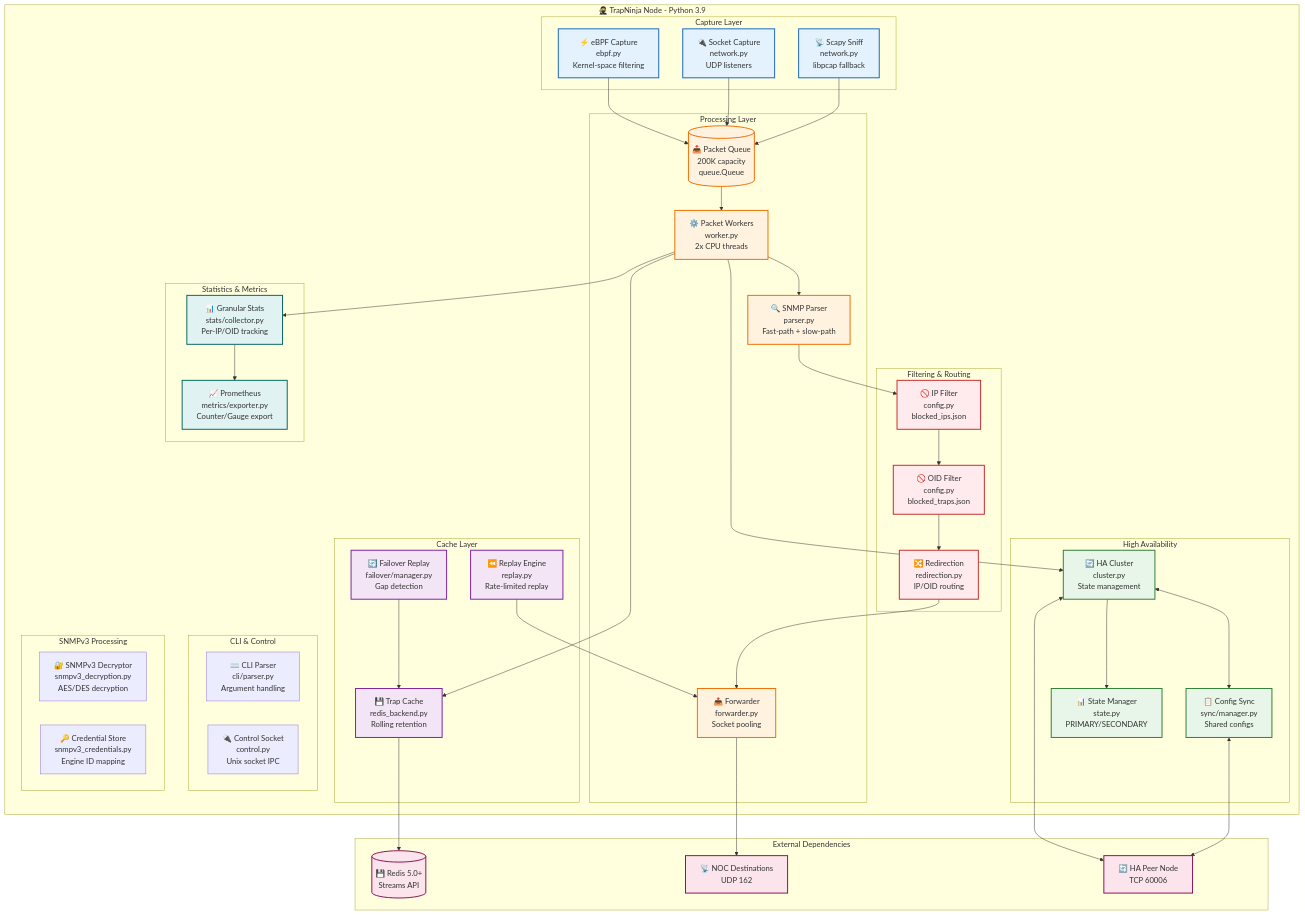
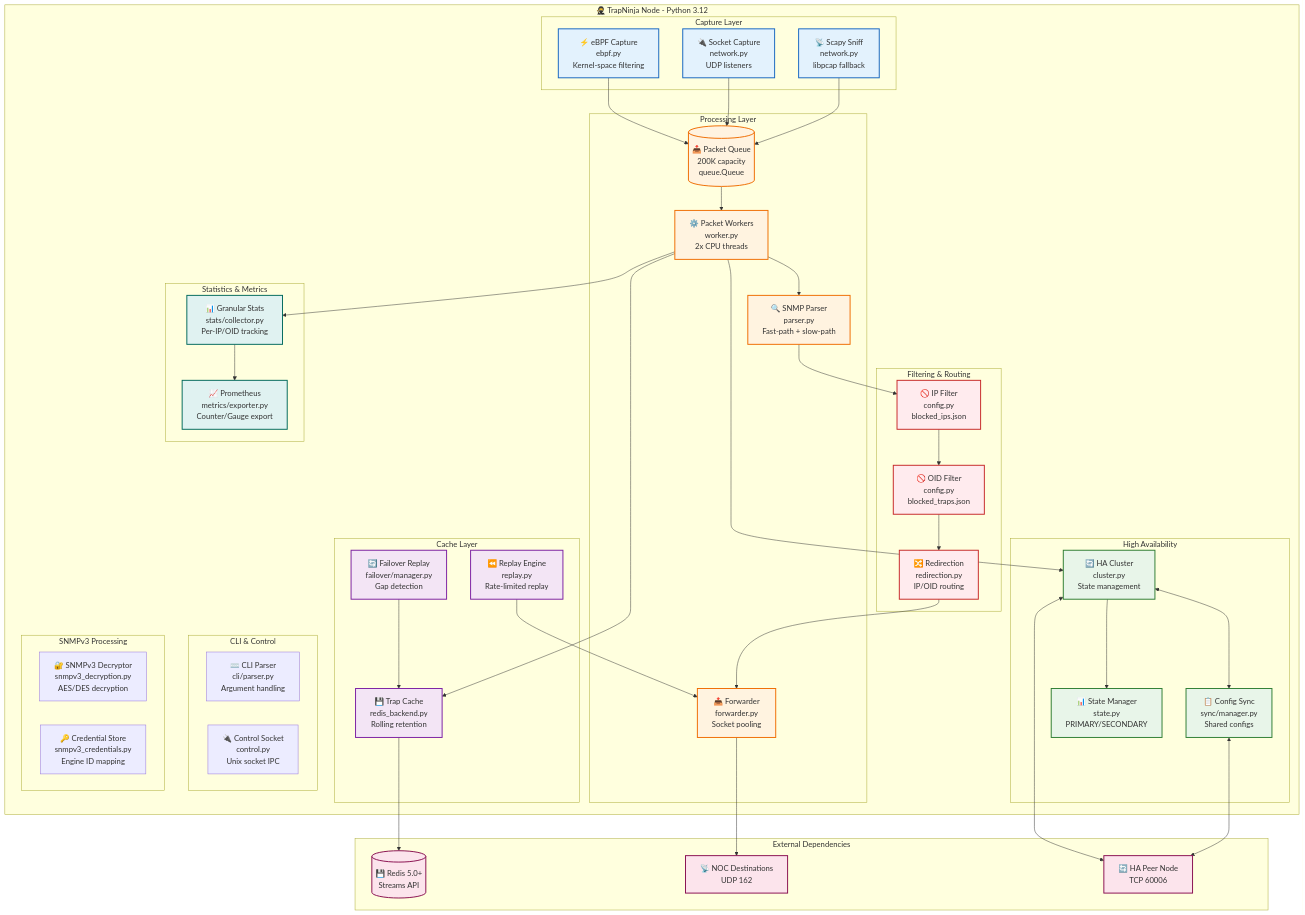
One commit to MAppleton-sky/trapninja changed the second of 5 diagrams in docs/ARCHITECTURE.md. Above: the diagram before and after it, drawn with Mermaid. The commit also changed other lines of this file and 30 other files, not shown here.

````diff
--- a/docs/ARCHITECTURE.md
+++ b/docs/ARCHITECTURE.md
@@ -145,6 +145,6 @@
 ```mermaid
 graph TD
-    subgraph TrapNinjaNode ["🥷 TrapNinja Node - Python 3.9"]
+    subgraph TrapNinjaNode ["🥷 TrapNinja Node - Python 3.12"]
 
         subgraph CaptureLayer ["Capture Layer"]
             eBPF["⚡ eBPF Capture<br/>ebpf.py<br/>Kernel-space filtering"]
````
